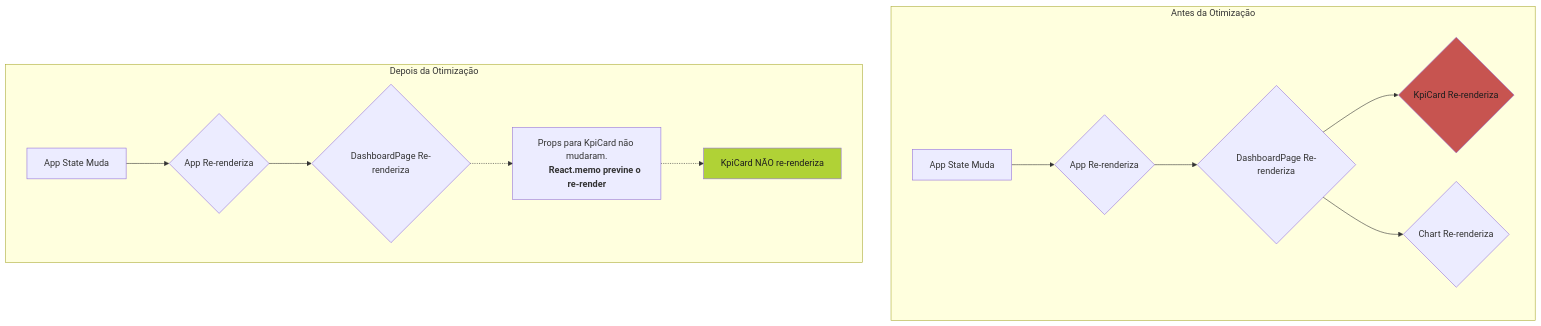
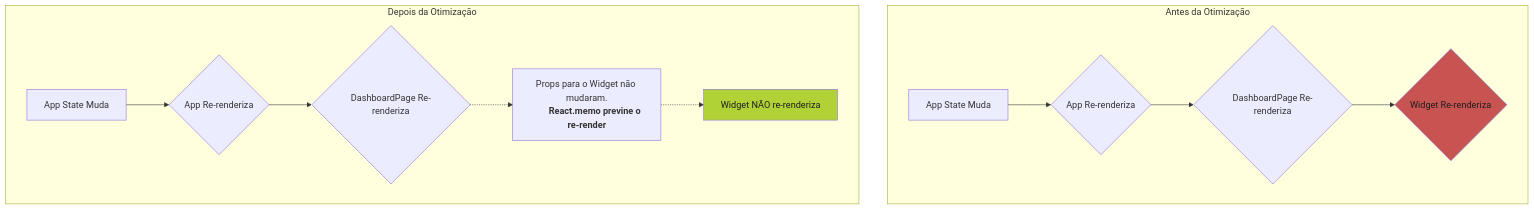
The third of 6 diagrams in src/pages/painel-cliente-360/README.md (matheusfly/saas-platform), drawn with Mermaid before and after one commit. The commit also changed other lines of this file and 2430 other files, not shown here.

````diff
--- a/src/pages/painel-cliente-360/README.md
+++ b/src/pages/painel-cliente-360/README.md
@@ -159,20 +146,19 @@
 ```mermaid
 graph TD
     subgraph "Antes da Otimização"
         AppState["App State Muda"] --> AppRender{"App Re-renderiza"}
         AppRender --> DBRender{"DashboardPage Re-renderiza"}
-        DBRender --> KpiRender{"KpiCard Re-renderiza"}
-        DBRender --> ChartRender{"Chart Re-renderiza"}
+        DBRender --> WidgetRender{"Widget Re-renderiza"}
     end
     subgraph "Depois da Otimização"
         AppStateOpt["App State Muda"] --> AppRenderOpt{"App Re-renderiza"}
         AppRenderOpt --> DBRenderOpt{"DashboardPage Re-renderiza"}
-        note["Props para KpiCard não mudaram.
+        note["Props para o Widget não mudaram.
         <b>React.memo previne o re-render</b>"]
         DBRenderOpt -.-> note
-        note -.-> KpiNoRender["KpiCard NÃO re-renderiza"]
+        note -.-> WidgetNoRender["Widget NÃO re-renderiza"]
     end
-  
-    style KpiRender fill:#C75450, color:#1E1E1E
-    style KpiNoRender fill:#B0D236, color:#1E1E1E
+    
+    style WidgetRender fill:#C75450, color:#1E1E1E
+    style WidgetNoRender fill:#B0D236, color:#1E1E1E
 ```
````
